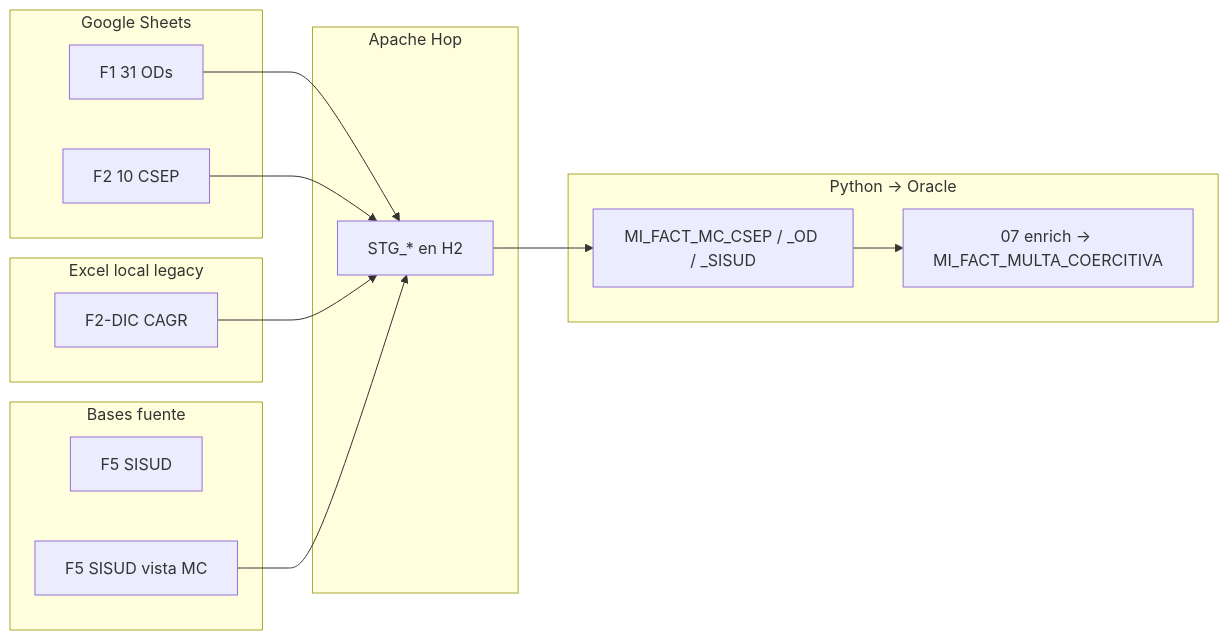
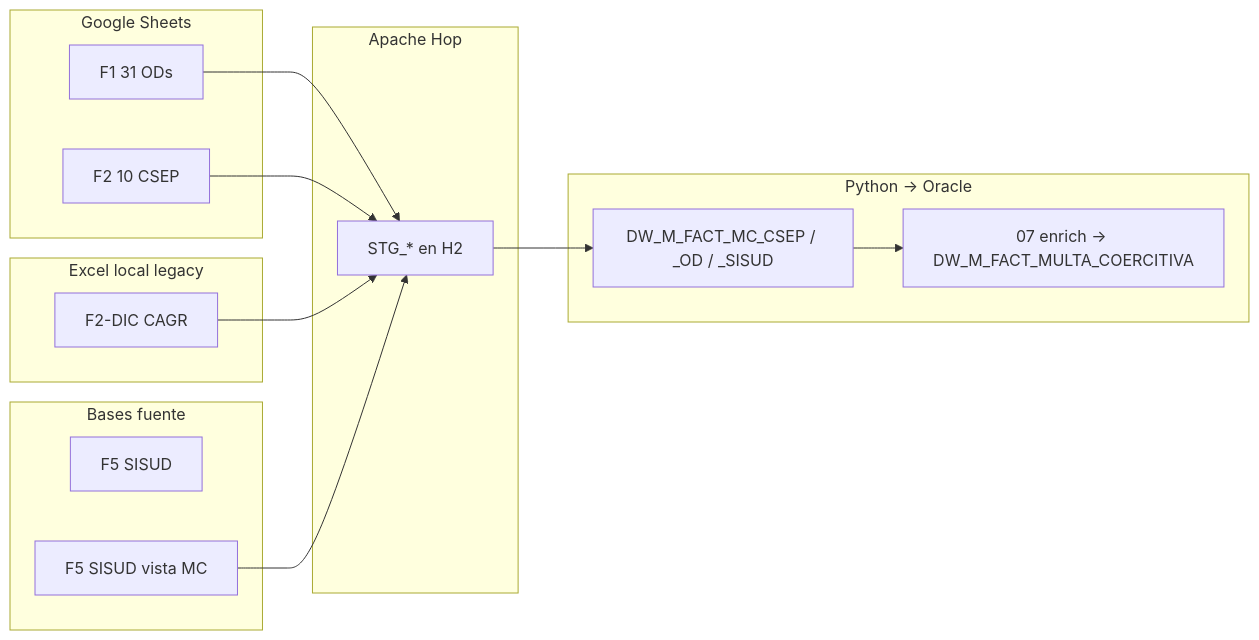
Before and after one commit to nwodevops/multa_informes_etl: the diagram in docs/inputs/README.md, drawn with Mermaid. The commit also changed other lines of this file and 67 other files, not shown here.

````diff
--- a/docs/inputs/README.md
+++ b/docs/inputs/README.md
@@ -28,31 +28,31 @@
 ```mermaid
 flowchart LR
   subgraph sheets [Google Sheets]
     F1["F1 31 ODs"]
     F2["F2 10 CSEP"]
   end
 
   subgraph excel [Excel local legacy]
     DIC["F2-DIC CAGR"]
   end
 
   subgraph remoto [Bases fuente]
     F5only["F5 SISUD"]
     F5["F5 SISUD vista MC"]
   end
 
   subgraph hop [Apache Hop]
     STG["STG_* en H2"]
   end
 
   subgraph py [Python → Oracle]
-    EV["MI_FACT_MC_CSEP / _OD / _SISUD"]
-    ENR["07 enrich → MI_FACT_MULTA_COERCITIVA"]
+    EV["DW_M_FACT_MC_CSEP / _OD / _SISUD"]
+    ENR["07 enrich → DW_M_FACT_MULTA_COERCITIVA"]
   end
 
   F1 --> STG
   F2 --> STG
   DIC --> STG
   F5 --> STG
   STG --> EV --> ENR
 ```
````
